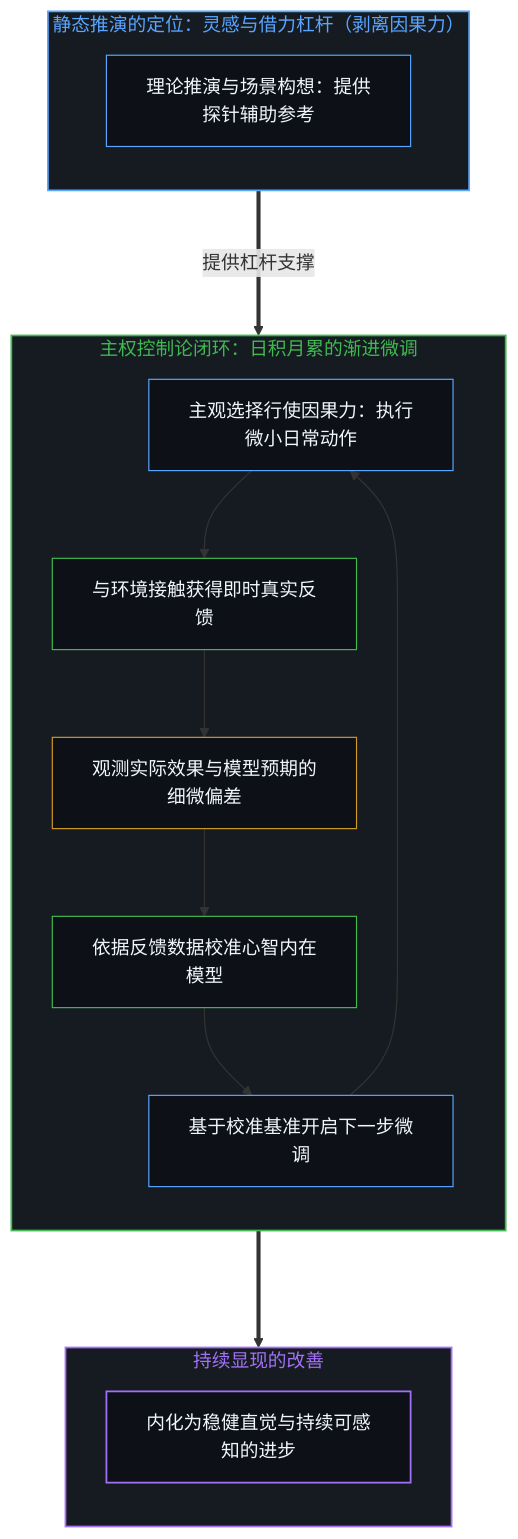
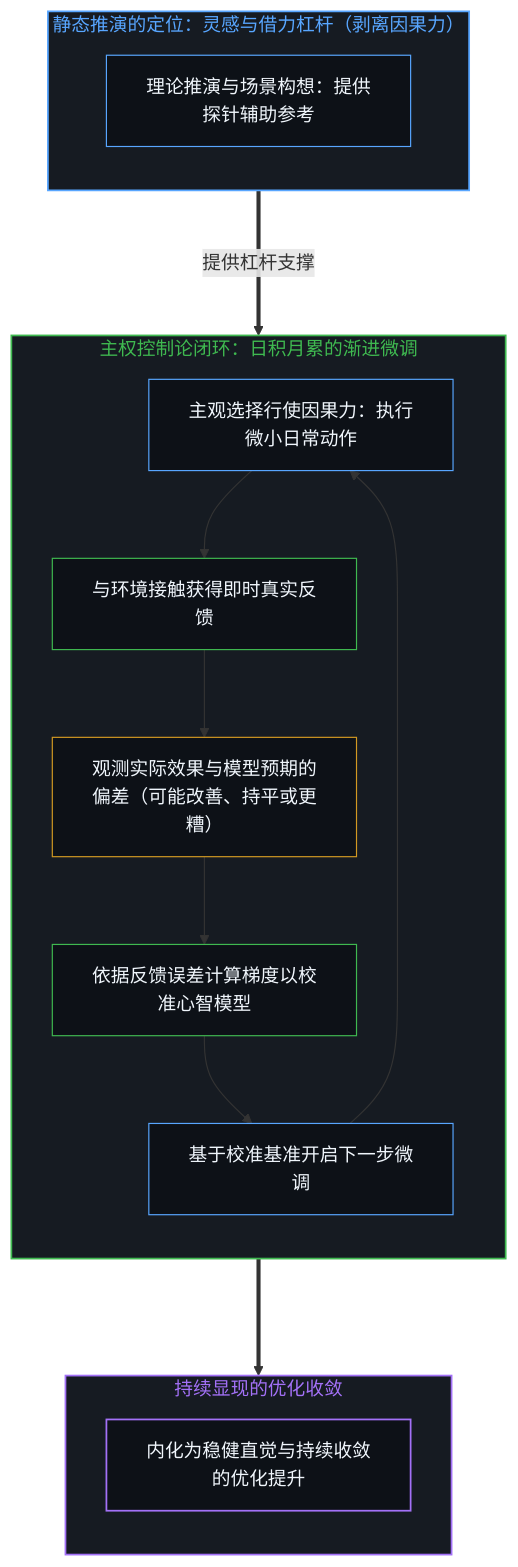
The seventh of 10 diagrams in content/posts/choice-itself-has-no-inherent-weight.md (powerpig99/not-a-toe), drawn with Mermaid before and after one commit. The commit also changed other lines of this file and 4 other files, not shown here.

````diff
--- a/content/posts/choice-itself-has-no-inherent-weight.md
+++ b/content/posts/choice-itself-has-no-inherent-weight.md
@@ -237,35 +245,35 @@
 ```mermaid
 graph TD
     subgraph S_Input ["静态推演的定位：灵感与借力杠杆（剥离因果力）"]
         direction TB
         I_Model["理论推演与场景构想：提供探针辅助参考"]
     end
 
     subgraph S_Loop ["主权控制论闭环：日积月累的渐进微调"]
         direction TB
         L_Try["主观选择行使因果力：执行微小日常动作"] --> L_Feedback["与环境接触获得即时真实反馈"]
-        L_Feedback --> L_Observe["观测实际效果与模型预期的细微偏差"]
-        L_Observe --> L_Adjust["依据反馈数据校准心智内在模型"]
+        L_Feedback --> L_Observe["观测实际效果与模型预期的偏差（可能改善、持平或更糟）"]
+        L_Observe --> L_Adjust["依据反馈误差计算梯度以校准心智模型"]
         L_Adjust --> L_Next["基于校准基准开启下一步微调"]
         L_Next --> L_Try
     end
 
-    subgraph S_Output ["持续显现的改善"]
+    subgraph S_Output ["持续显现的优化收敛"]
         direction TB
-        O_Bone["内化为稳健直觉与持续可感知的进步"]
+        O_Bone["内化为稳健直觉与持续收敛的优化提升"]
     end
 
     I_Model ===>|提供杠杆支撑| L_Try
     L_Adjust ===> O_Bone
 
     style S_Input fill:#161b22,stroke:#58a6ff,stroke-width:1.5px,color:#58a6ff
     style S_Loop fill:#161b22,stroke:#3fb950,stroke-width:1.5px,color:#3fb950
     style S_Output fill:#161b22,stroke:#a371f7,stroke-width:1.5px,color:#a371f7
     style I_Model fill:#0d1117,stroke:#58a6ff,stroke-width:1px,color:#f0f6fc
     style L_Try fill:#0d1117,stroke:#58a6ff,stroke-width:1px,color:#f0f6fc
     style L_Feedback fill:#0d1117,stroke:#3fb950,stroke-width:1px,color:#f0f6fc
     style L_Observe fill:#0d1117,stroke:#d29922,stroke-width:1px,color:#f0f6fc
     style L_Adjust fill:#0d1117,stroke:#3fb950,stroke-width:1px,color:#f0f6fc
     style L_Next fill:#0d1117,stroke:#58a6ff,stroke-width:1px,color:#f0f6fc
     style O_Bone fill:#0d1117,stroke:#a371f7,stroke-width:1.5px,color:#f0f6fc
 ```
````
